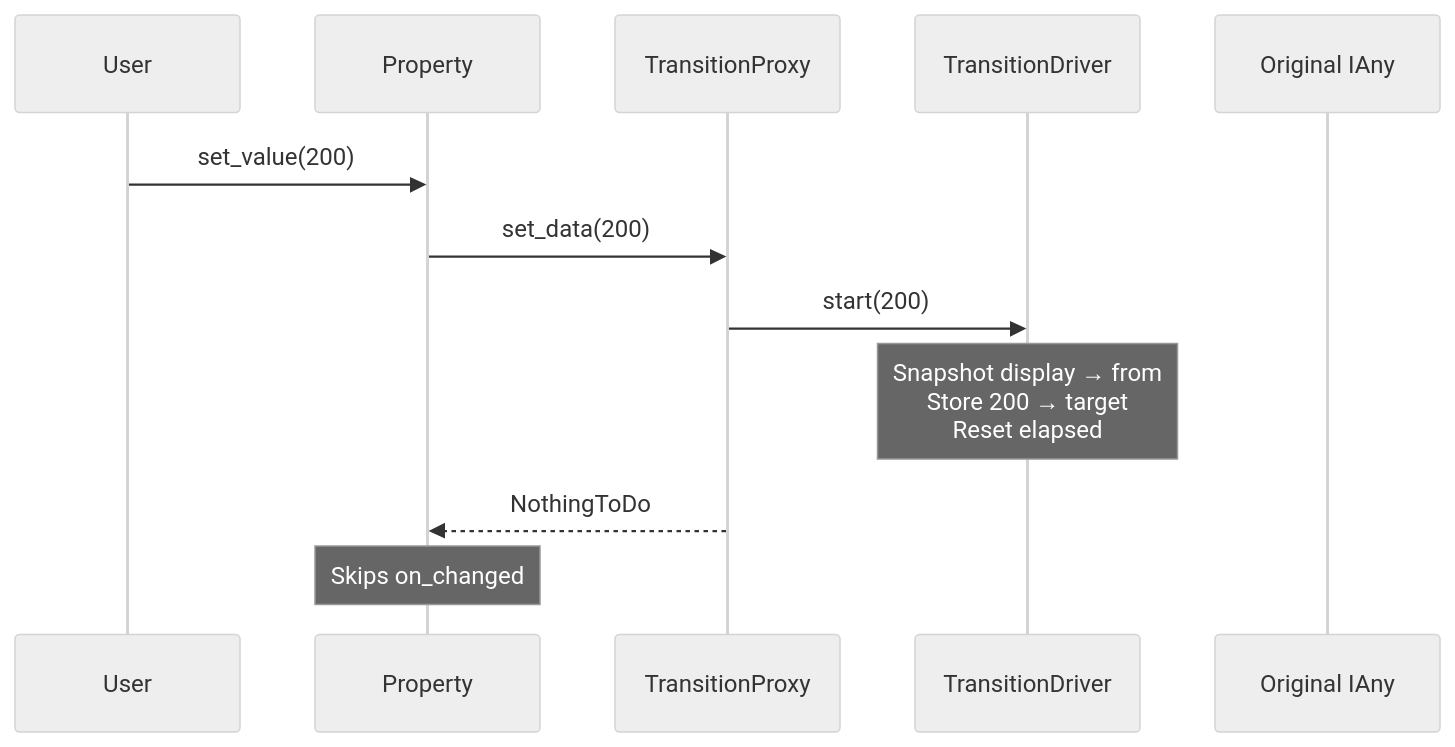
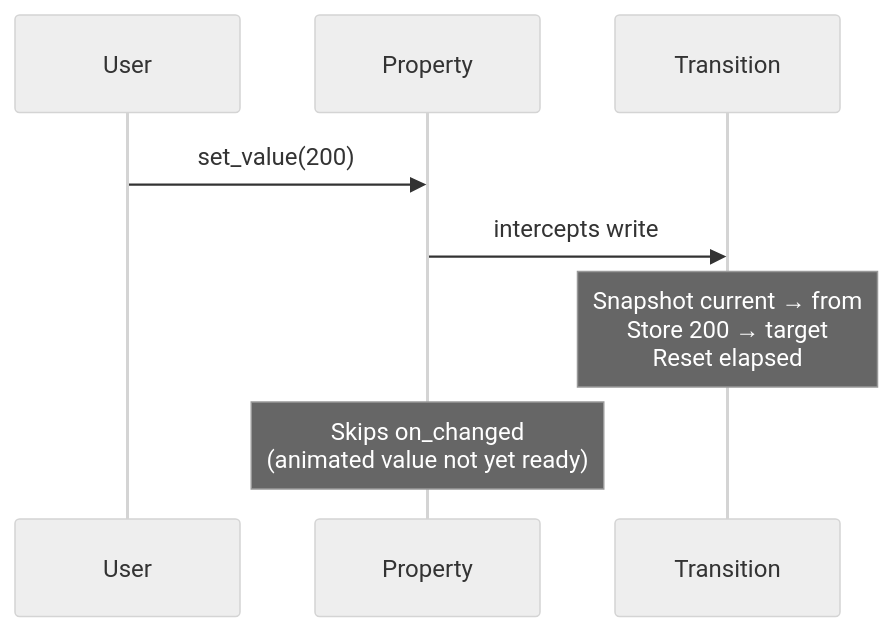
The third of 4 diagrams in docs/plugins/animator.md (ljaaskela/strata), drawn with Mermaid (neutral theme) before and after one commit. The commit also changed other lines of this file, not shown here.

````diff
--- a/docs/plugins/animator.md
+++ b/docs/plugins/animator.md
@@ -432,15 +397,11 @@
 ```mermaid
 sequenceDiagram
     participant User
     participant Property
-    participant Proxy as TransitionProxy
-    participant Driver as TransitionDriver
-    participant Inner as Original IAny
+    participant Transition
 
     User->>Property: set_value(200)
-    Property->>Proxy: set_data(200)
-    Proxy->>Driver: start(200)
-    Note over Driver: Snapshot display → from<br/>Store 200 → target<br/>Reset elapsed
-    Proxy-->>Property: NothingToDo
-    Note over Property: Skips on_changed
+    Property->>Transition: intercepts write
+    Note over Transition: Snapshot current → from<br/>Store 200 → target<br/>Reset elapsed
+    Note over Property: Skips on_changed<br/>(animated value not yet ready)
 ```
````
